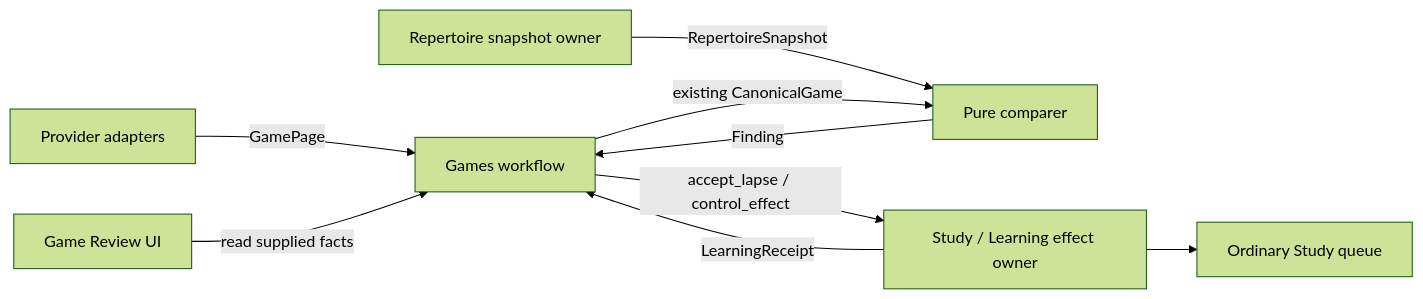
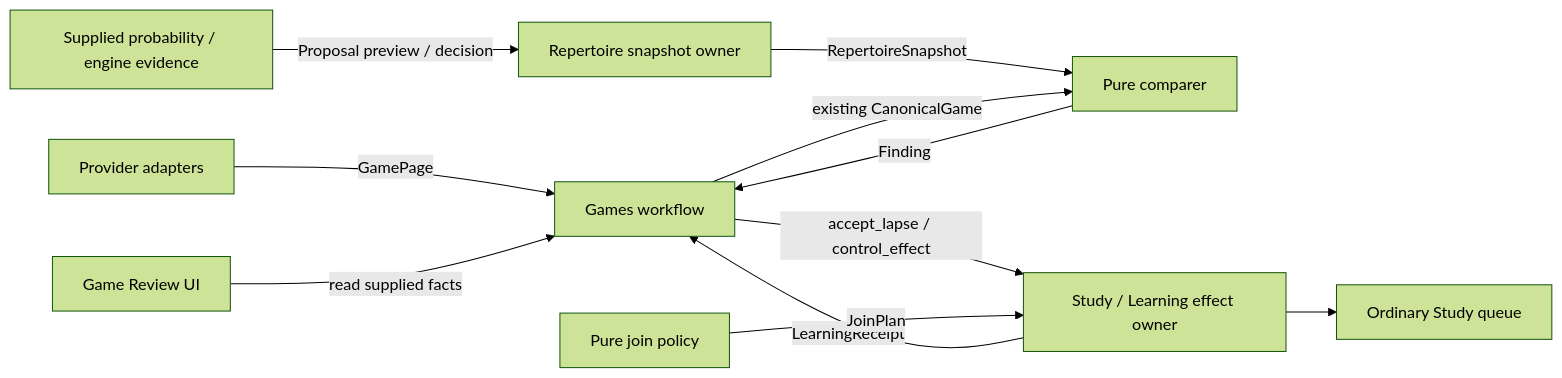
The diagram in contracts/product-v02/README.md (aaweaver-actuary/tempo), drawn with Mermaid (forest theme) before and after one commit. The commit also changed other lines of this file and 16 other files, not shown here.

Commit message:
feat(contracts): freeze evidence proposal and route-local join values

````diff
--- a/contracts/product-v02/README.md
+++ b/contracts/product-v02/README.md
@@ -137,11 +193,13 @@
 ```mermaid
 flowchart LR
   Providers["Provider adapters"] -->|GamePage| Games["Games workflow"]
   Repertoire["Repertoire snapshot owner"] -->|RepertoireSnapshot| Compare["Pure comparer"]
   Games -->|existing CanonicalGame| Compare
   Compare -->|Finding| Games
   Games -->|accept_lapse / control_effect| Study["Study / Learning effect owner"]
   Study -->|LearningReceipt| Games
   UI["Game Review UI"] -->|read supplied facts| Games
   Study --> Queue["Ordinary Study queue"]
+  Analysis["Supplied probability / engine evidence"] -->|Proposal preview / decision| Repertoire
+  Policy["Pure join policy"] -->|JoinPlan| Study
 ```
````
